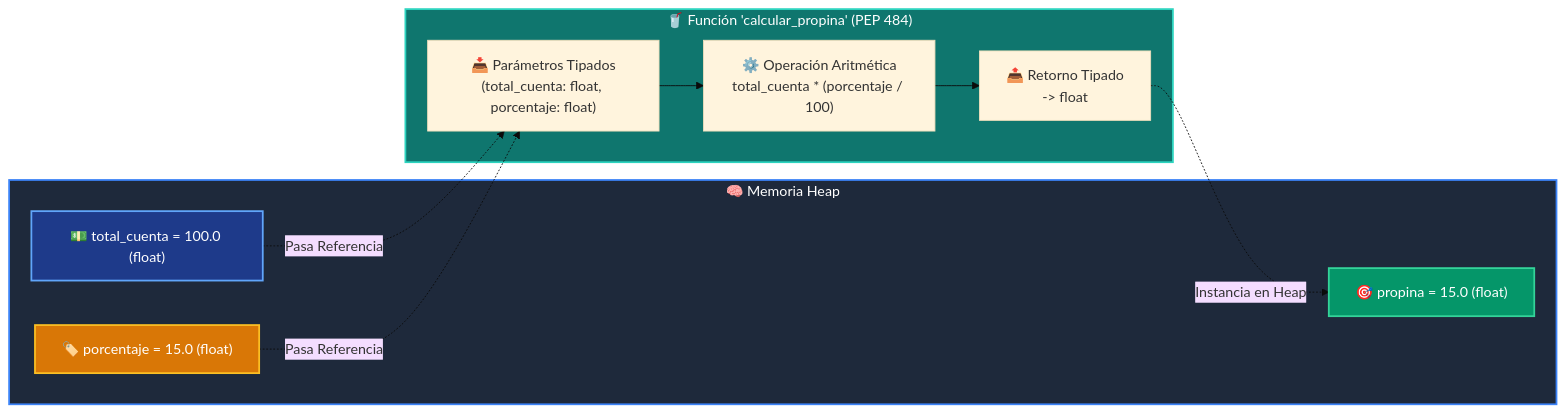
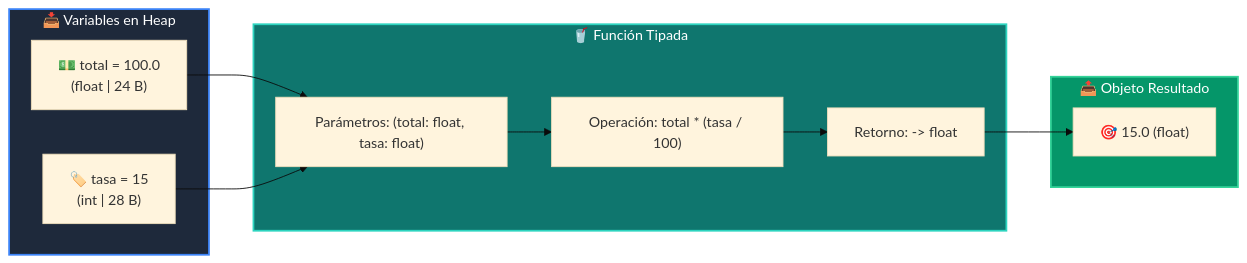
One commit to wisrovi/wisrovi-python changed the diagram in docs/curso-01/clase-02.md. Above: the diagram before and after it, drawn with Mermaid (base theme). The commit also changed other lines of this file and 52 other files, not shown here.

````diff
--- a/docs/curso-01/clase-02.md
+++ b/docs/curso-01/clase-02.md
@@ -41,25 +37,22 @@
 ```mermaid
 flowchart LR
-    subgraph Memoria["🧠 Memoria Heap"]
-        OBJ1["💵 total_cuenta = 100.0 (float)"]
-        OBJ2["🏷️ porcentaje = 15.0 (float)"]
-        RET["🎯 propina = 15.0 (float)"]
+    subgraph Entrada["📥 Variables en Heap"]
+        V1["💵 total = 100.0<br/>(float | 24 B)"]
+        V2["🏷️ tasa = 15<br/>(int | 28 B)"]
     end
-
-    subgraph Funcion["🥤 Función 'calcular_propina' (PEP 484)"]
-        INPUT["📥 Parámetros Tipados<br/>(total_cuenta: float, porcentaje: float)"]
-        LOGIC["⚙️ Operación Aritmética<br/>total_cuenta * (porcentaje / 100)"]
-        OUT["📤 Retorno Tipado<br/>-> float"]
-        INPUT --> LOGIC --> OUT
+    subgraph Funcion["🥤 Función Tipada"]
+        PARAMS["Parámetros: (total: float, tasa: float)"]
+        OP["Operación: total * (tasa / 100)"]
+        RET["Retorno: -> float"]
+        PARAMS --> OP --> RET
     end
-
-    OBJ1 -.->|Pasa Referencia| INPUT
-    OBJ2 -.->|Pasa Referencia| INPUT
-    OUT -.->|Instancia en Heap| RET
-
-    style Memoria fill:#1e293b,color:#ffffff,stroke:#3b82f6,stroke-width:2px
+    subgraph Salida["📤 Objeto Resultado"]
+        RES["🎯 15.0 (float)"]
+    end
+    V1 --> PARAMS
+    V2 --> PARAMS
+    RET --> RES
+    style Entrada fill:#1e293b,color:#ffffff,stroke:#3b82f6,stroke-width:2px
     style Funcion fill:#0f766e,color:#ffffff,stroke:#2dd4bf,stroke-width:2px
-    style OBJ1 fill:#1e3a8a,color:#ffffff,stroke:#60a5fa,stroke-width:2px
-    style OBJ2 fill:#d97706,color:#ffffff,stroke:#fbbf24,stroke-width:2px
-    style RET fill:#059669,color:#ffffff,stroke:#34d399,stroke-width:2px
+    style Salida fill:#059669,color:#ffffff,stroke:#34d399,stroke-width:2px
 ```
````
